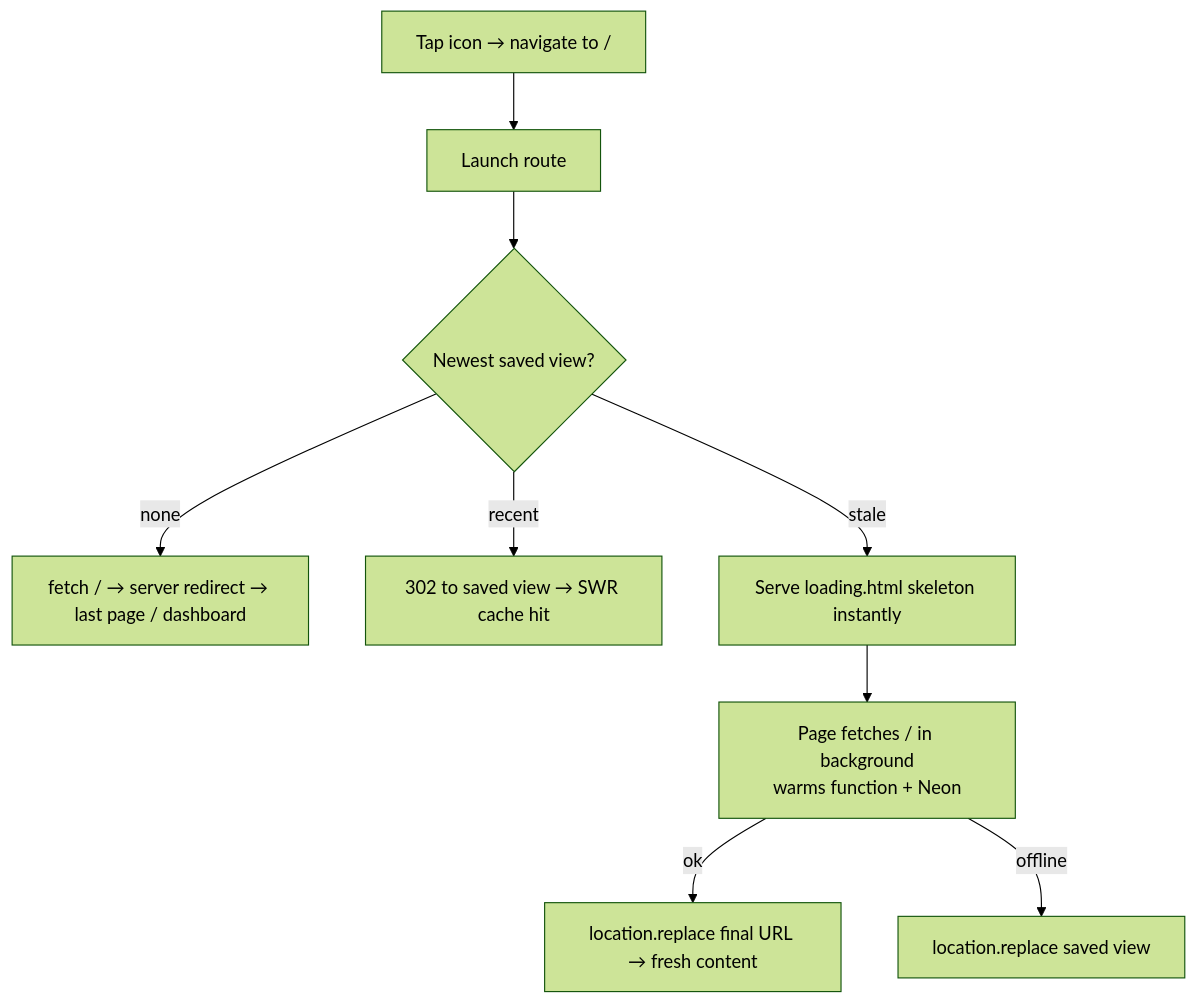
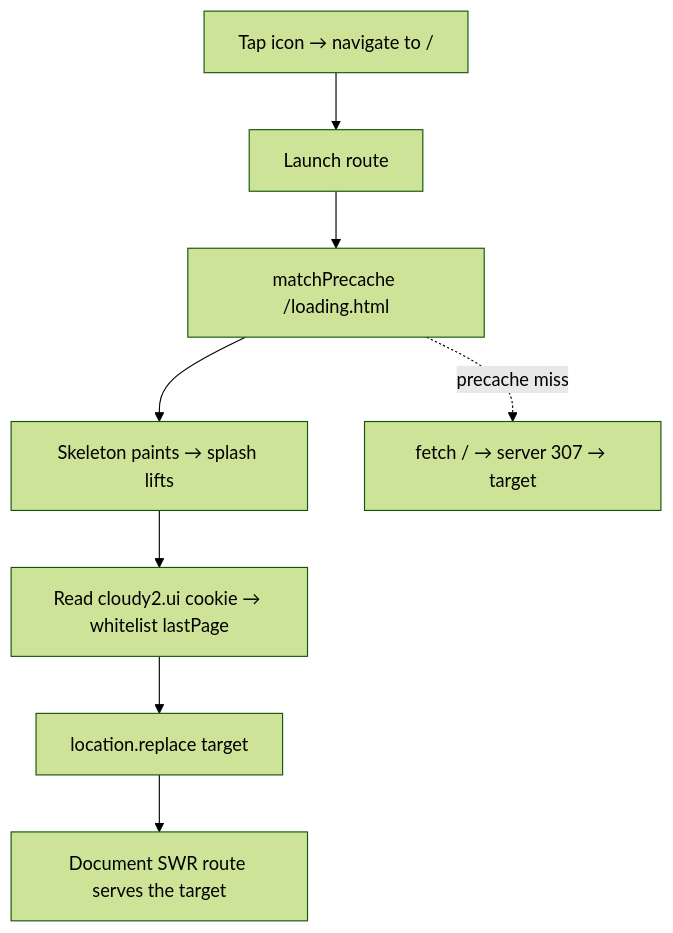
Before and after one commit to oncloudnintynineone-source/cloudy2: the second of 4 diagrams in docs/pwa-offline.md, drawn with Mermaid (forest theme). The commit also changed other lines of this file and 11 other files, not shown here.

Commit message:
Route document navigations by cache age instead of always-SWR

````diff
--- a/docs/pwa-offline.md
+++ b/docs/pwa-offline.md
@@ -122,11 +125,10 @@
 ```mermaid
 flowchart TD
     T[Tap icon → navigate to /] --> SW[Launch route]
-    SW --> S{Newest saved view?}
-    S -->|none| NET[fetch / → server redirect → last page / dashboard]
-    S -->|recent| R[302 to saved view → SWR cache hit]
-    S -->|stale| SK[Serve loading.html skeleton instantly]
-    SK --> F[Page fetches / in background<br/>warms function + Neon]
-    F -->|ok| REP[location.replace final URL → fresh content]
-    F -->|offline| FB[location.replace saved view]
+    SW --> P[matchPrecache /loading.html]
+    P --> PAINT[Skeleton paints → splash lifts]
+    PAINT --> C[Read cloudy2.ui cookie → whitelist lastPage]
+    C --> R[location.replace target]
+    R --> D[Document SWR route serves the target]
+    P -.precache miss.-> NET[fetch / → server 307 → target]
 ```
````
